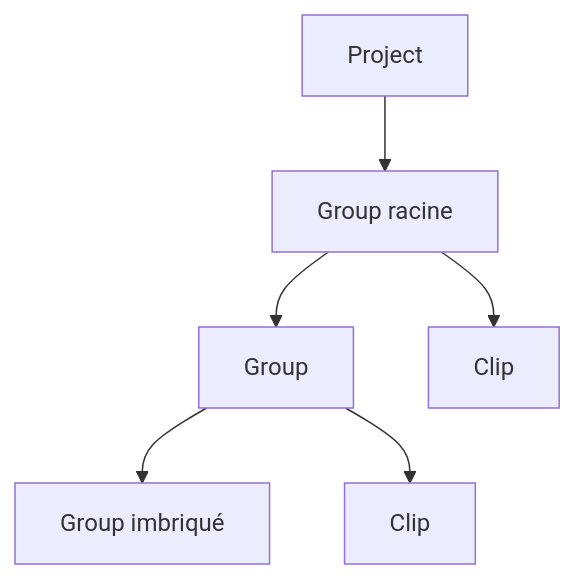
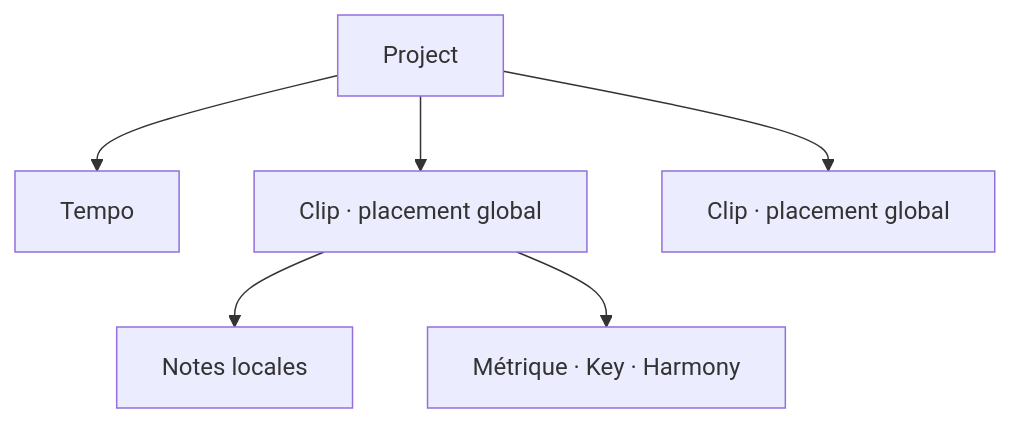
Before and after one commit to LucasBertrand/pianola-doc: the second of 4 diagrams in architecture.md, drawn with Mermaid. The commit also changed other lines of this file and 1 other file, not shown here.

Commit message:
Replace composition graph with clip grid

````diff
--- a/architecture.md
+++ b/architecture.md
@@ -79,8 +85,8 @@
 ```mermaid
 flowchart TD
-    Project --> RootGroup["Group racine"]
-    RootGroup --> Group
-    RootGroup --> Clip
-    Group --> NestedGroup["Group imbriqué"]
-    Group --> NestedClip["Clip"]
+    Project --> Tempo
+    Project --> ClipA["Clip · placement global"]
+    Project --> ClipB["Clip · placement global"]
+    ClipA --> NotesA["Notes locales"]
+    ClipA --> ContextA["Métrique · Key · Harmony"]
 ```
````
